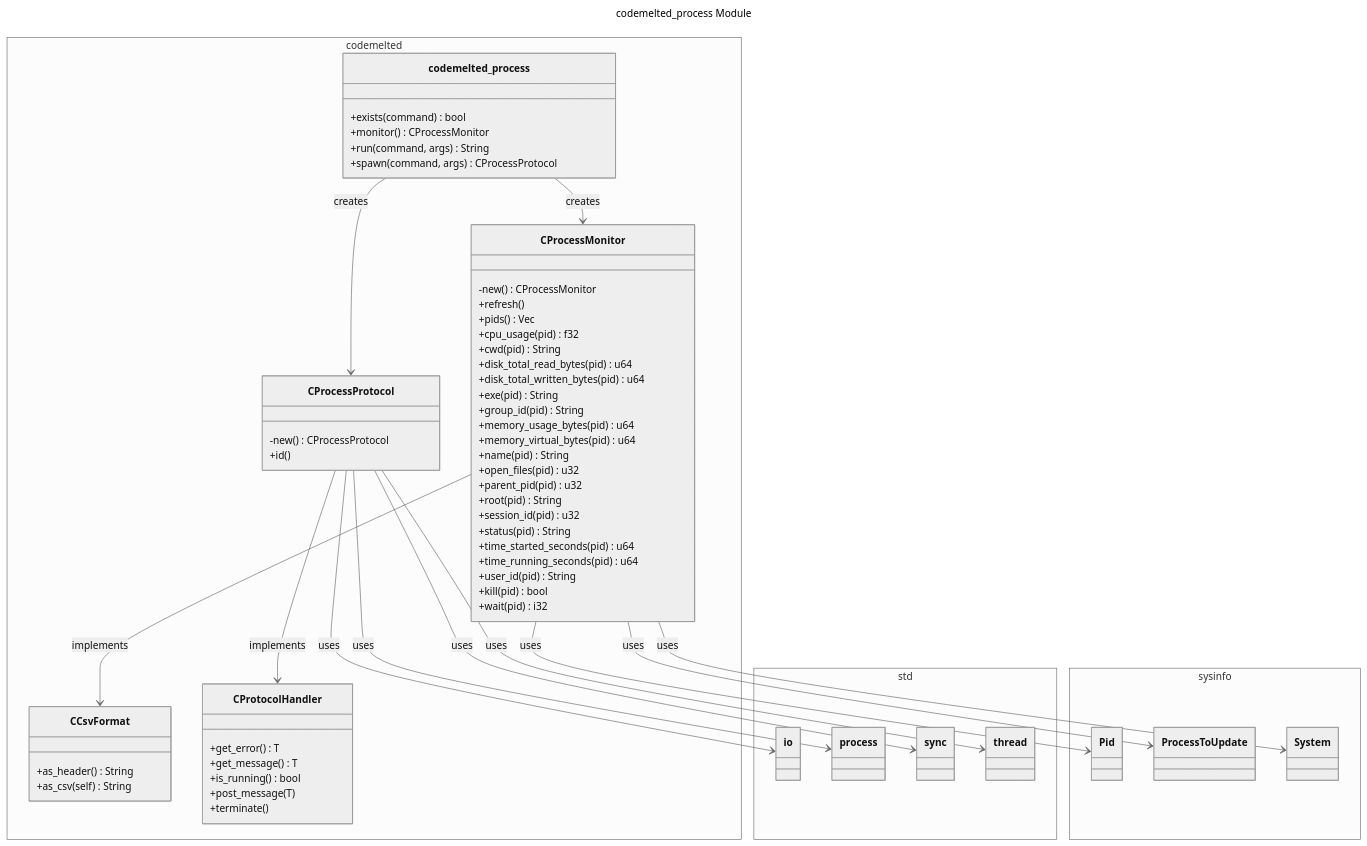
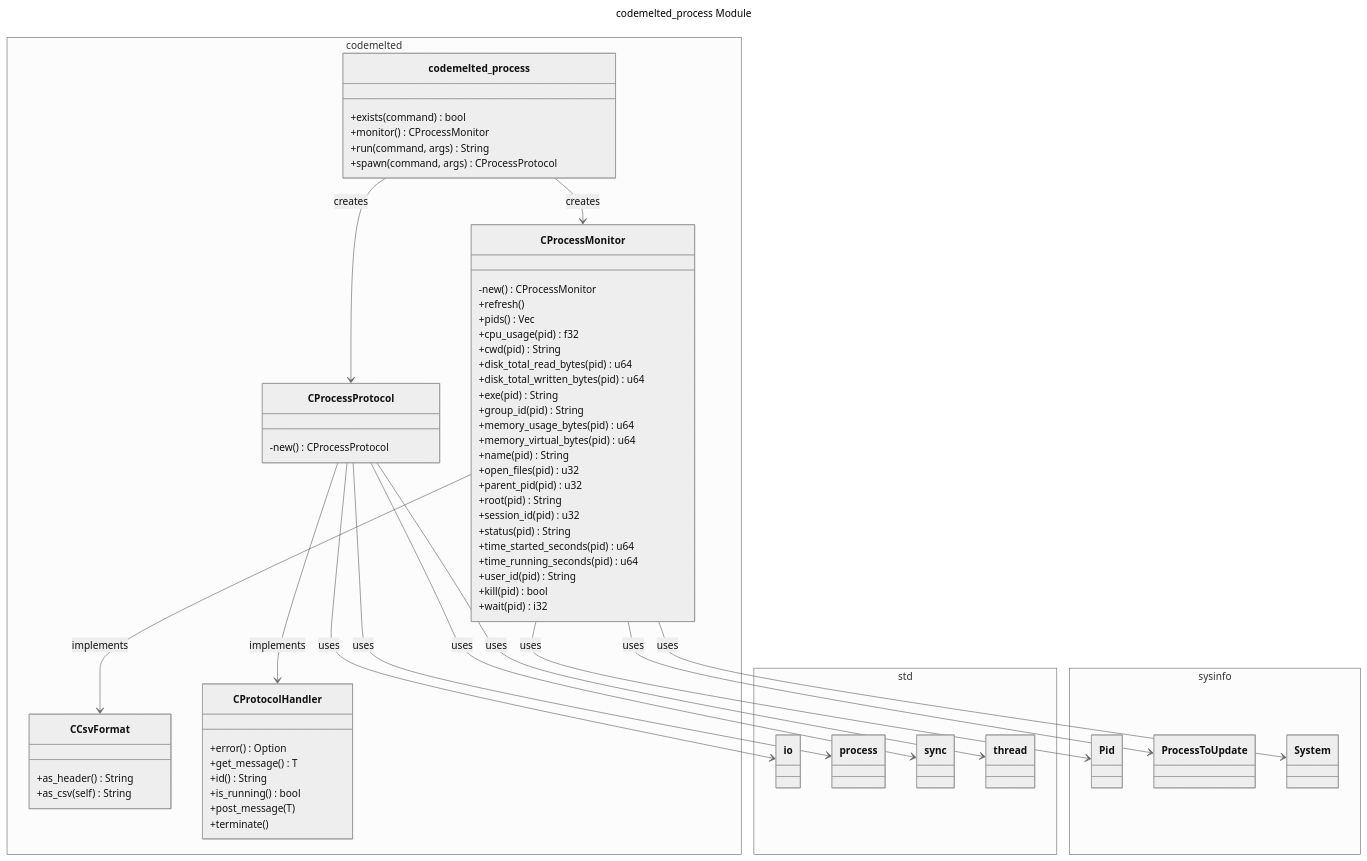
The diagram in codemelted_rust/models/codemelted_process.mmd (CodeMelted/codemelted_developer), drawn with Mermaid (neutral theme) before and after one commit. The commit also changed 11 other files, not shown here.

```diff
--- a/codemelted_rust/models/codemelted_process.mmd
+++ b/codemelted_rust/models/codemelted_process.mmd
@@ -1,74 +1,74 @@
 ---
 title: codemelted_process Module
 ---
 classDiagram
   direction TB
   namespace codemelted {
     class codemelted_process {
       +exists(command) bool
       +monitor() CProcessMonitor
       +run(command, args) String
       +spawn(command, args) CProcessProtocol
     }
     class CProcessMonitor {
       -new() CProcessMonitor
       +refresh()
       +pids() Vec
       +cpu_usage(pid) f32
       +cwd(pid) String
       +disk_total_read_bytes(pid) u64
       +disk_total_written_bytes(pid) u64
       +exe(pid) String
       +group_id(pid) String
       +memory_usage_bytes(pid) u64
       +memory_virtual_bytes(pid) u64
       +name(pid) String
       +open_files(pid) u32
       +parent_pid(pid) u32
       +root(pid) String
       +session_id(pid) u32
       +status(pid) String
       +time_started_seconds(pid) u64
       +time_running_seconds(pid) u64
       +user_id(pid) String
       +kill(pid) bool
       +wait(pid) i32
     }
     class CProcessProtocol {
       -new() CProcessProtocol
-      +id()
     }
     class CCsvFormat {
-        +as_header() String
-        +as_csv(self) String
+      +as_header() String
+      +as_csv(self) String
     }
     class CProtocolHandler {
-      +get_error() T
+      +error() Option
       +get_message() T
+      +id() String
       +is_running() bool
       +post_message(T)
       +terminate()
     }
   }
   namespace std {
     class io
     class process
     class sync
     class thread
   }
   namespace sysinfo {
     class Pid
     class ProcessToUpdate
     class System
   }
   codemelted_process --> CProcessMonitor : creates
   codemelted_process --> CProcessProtocol : creates
   CProcessMonitor --> CCsvFormat : implements
   CProcessMonitor --> Pid : uses
   CProcessMonitor --> ProcessToUpdate : uses
   CProcessMonitor --> System : uses
   CProcessProtocol --> CProtocolHandler : implements
   CProcessProtocol --> io : uses
   CProcessProtocol --> process : uses
   CProcessProtocol --> sync : uses
   CProcessProtocol --> thread : uses
```
